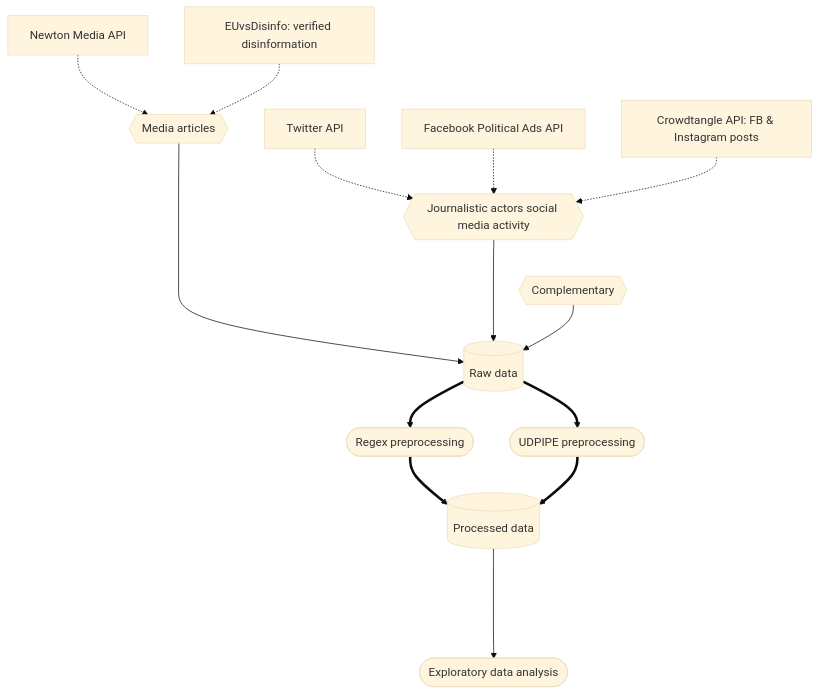
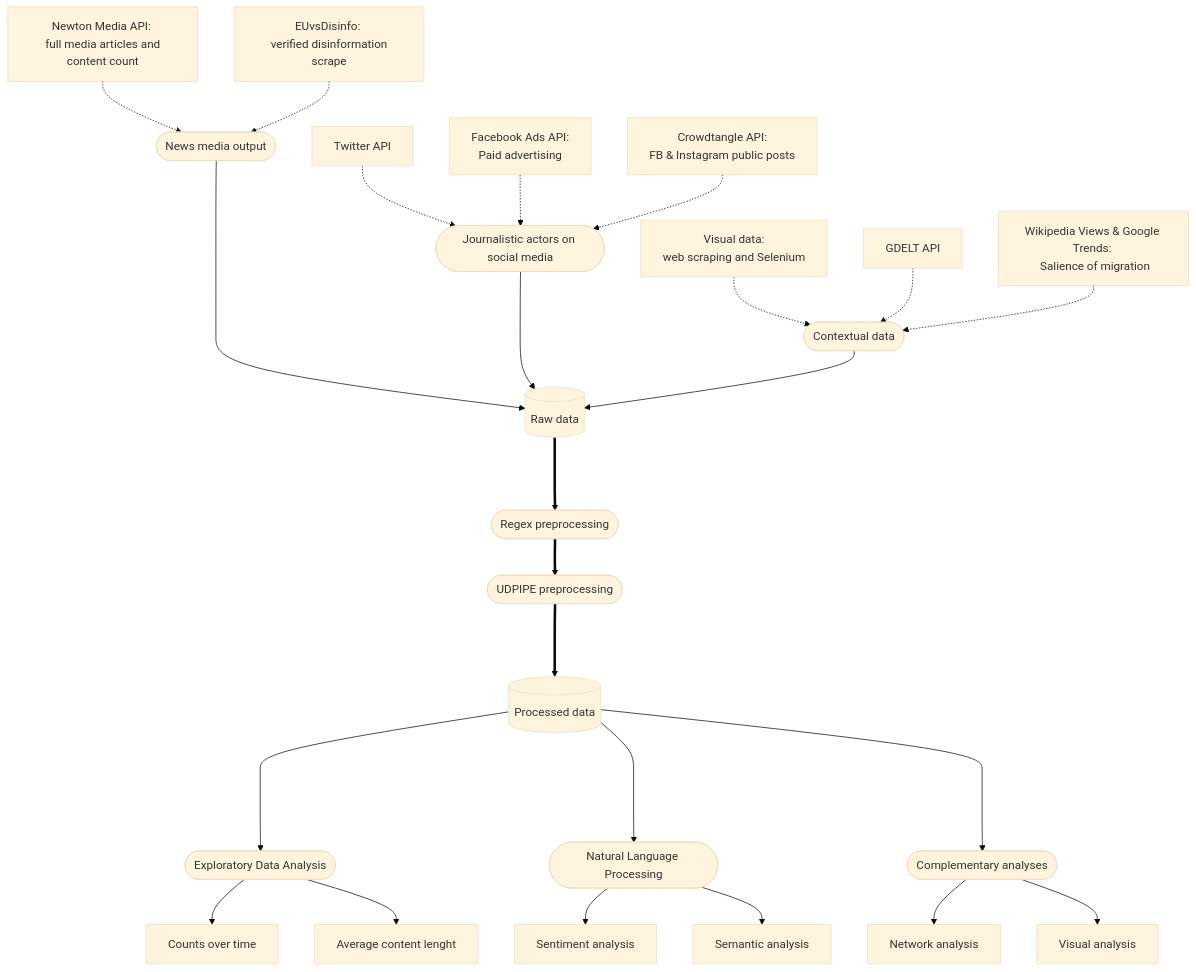
One commit to opop999/media_discourse_research changed the diagram in README.md. Above: the diagram before and after it, drawn with Mermaid (base theme).

Commit message:
feat: update workflow diagram

````diff
--- a/README.md
+++ b/README.md
@@ -95,19 +95,28 @@
 ```mermaid
 graph TD;
-  newton[Newton Media API] -.-> media{{Media articles}}
-  disinfo[EUvsDisinfo: verified disinformation] -.-> media
-  twitter[Twitter API] -.-> soc_media{{Journalistic actors social media activity}}
-  fb_ads[Facebook Political Ads API] -.-> soc_media
-  crowdtangle[Crowdtangle API: FB & Instagram posts] -.-> soc_media
+  newton[Newton Media API: <br> full media articles and content count] -.-> media([News media output])
+  disinfo[EUvsDisinfo: <br> verified disinformation scrape] -.-> media
+  twitter[Twitter API] -.-> soc_media([Journalistic actors on social media])
+  fb_ads[Facebook Ads API: <br> Paid advertising] -.-> soc_media
+  crowdtangle[Crowdtangle API: <br> FB & Instagram public posts] -.-> soc_media
   media ----> raw_data[(Raw data)]
   soc_media ---> raw_data
-  complementary{{Complementary}} --> raw_data
-  raw_data ==> regex([Regex preprocessing])
-  raw_data ==> udpipe([UDPIPE preprocessing])
-  regex ==> clean_data[(Processed data)]
-  udpipe ==> clean_data
-  clean_data ----> eda([Exploratory data analysis])
-  eda 
+  visual_data[Visual data: <br> web scraping and Selenium] -.-> complementary([Contextual data])
+  gdelt[GDELT API] -.-> complementary
+  wiki_gtrends[Wikipedia Views & Google Trends: <br> Salience of migration] -.-> complementary
+  complementary --> raw_data
+  raw_data ===> regex([Regex preprocessing])
+  regex ==> udpipe([UDPIPE preprocessing])
+  udpipe ===> clean_data[(Processed data)]
+  clean_data ----> eda([Exploratory Data Analysis])
+  clean_data ----> nlp([Natural Language Processing])
+  clean_data ----> complementary_analyses([Complementary analyses])
+  eda --> counts[Counts over time]
+  eda --> length[Average content lenght]
+  complementary_analyses --> network[Network analysis]
+  complementary_analyses --> vision[Visual analysis]
+  nlp --> sentiment[Sentiment analysis]
+  nlp --> semantic[Semantic analysis]
     
   
 ```
````
